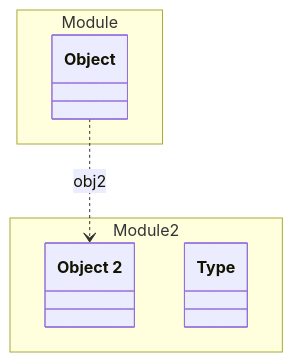
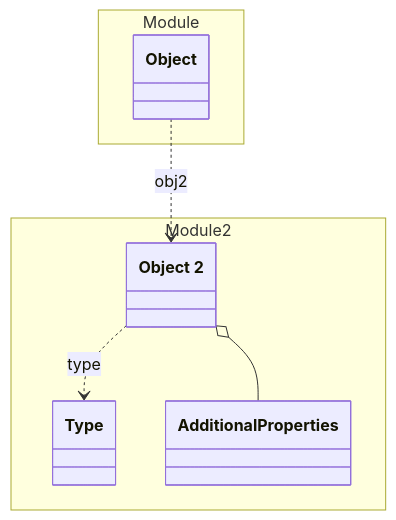
One commit to lizzyTheLizard/domain-schema-documentation changed the diagram in tests/java/expected/Module2/Object2.yaml.md. Above: the diagram before and after it, drawn with Mermaid. The commit also changed other lines of this file and 93 other files, not shown here.

````diff
--- a/tests/java/expected/Module2/Object2.yaml.md
+++ b/tests/java/expected/Module2/Object2.yaml.md
@@ -4,14 +5,18 @@
 ```mermaid
 classDiagram
 namespace Module 2 {
   class _Module2_Object2_yaml["Object 2"]
   class Type["Type"]
+  class AdditionalProperties["AdditionalProperties"]
 }
 namespace Module {
   class _Module_Object_yaml["Object"]
 }
 _Module_Object_yaml ..> _Module2_Object2_yaml :obj2
+_Module2_Object2_yaml ..> Type :type
+_Module2_Object2_yaml o-- AdditionalProperties 
 click _Module2_Object2_yaml href "./Object2.yaml.html" "Object 2"
 click Type href "./Object2.yaml.html" "Object 2"
+click AdditionalProperties href "./Object2.yaml.html" "Object 2"
 click _Module_Object_yaml href "../Module/Object.yaml.html" "Object"
 ```
````
